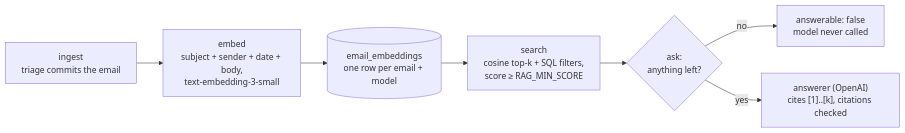
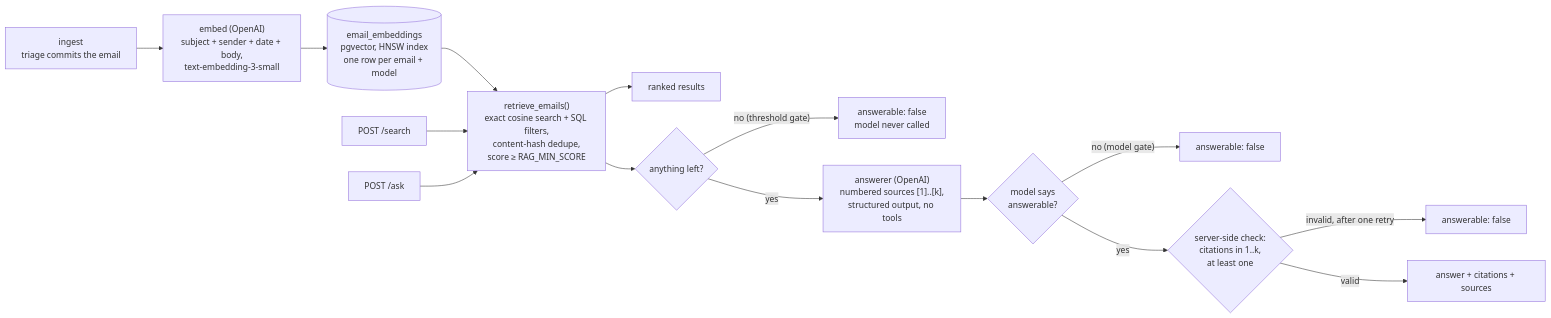
Before and after one commit to Ehsan-Ghoreishi/inboxpilot: the second of 2 diagrams in README.md, drawn with Mermaid. The commit also changed other lines of this file and 3 other files, not shown here.

Commit message:
feat(eval): report citation recall and sync README results with the 0.30 threshold

````diff
--- a/README.md
+++ b/README.md
@@ -112,9 +158,17 @@
 ```mermaid
 flowchart LR
-    I["ingest<br/>triage commits the email"] --> E["embed<br/>subject + sender + date + body,<br/>text-embedding-3-small"]
-    E --> V[(email_embeddings<br/>one row per email + model)]
-    V --> S["search<br/>cosine top-k + SQL filters,<br/>score ≥ RAG_MIN_SCORE"]
-    S --> A{"ask:<br/>anything left?"}
-    A -->|no| R["answerable: false<br/>model never called"]
-    A -->|yes| M["answerer (OpenAI)<br/>cites [1]..[k], citations checked"]
+    I["ingest<br/>triage commits the email"] --> E["embed (OpenAI)<br/>subject + sender + date + body,<br/>text-embedding-3-small"]
+    E --> V[("email_embeddings<br/>pgvector, HNSW index<br/>one row per email + model")]
+    V --> RE["retrieve_emails()<br/>exact cosine search + SQL filters,<br/>content-hash dedupe,<br/>score ≥ RAG_MIN_SCORE"]
+    S["POST /search"] --> RE
+    RE --> SR["ranked results"]
+    K["POST /ask"] --> RE
+    RE --> T{"anything left?"}
+    T -->|"no (threshold gate)"| R1["answerable: false<br/>model never called"]
+    T -->|yes| M["answerer (OpenAI)<br/>numbered sources [1]..[k],<br/>structured output, no tools"]
+    M --> G{"model says<br/>answerable?"}
+    G -->|"no (model gate)"| R2["answerable: false"]
+    G -->|yes| C{"server-side check:<br/>citations in 1..k,<br/>at least one"}
+    C -->|"invalid, after one retry"| R3["answerable: false"]
+    C -->|valid| OK["answer + citations + sources"]
 ```
````
